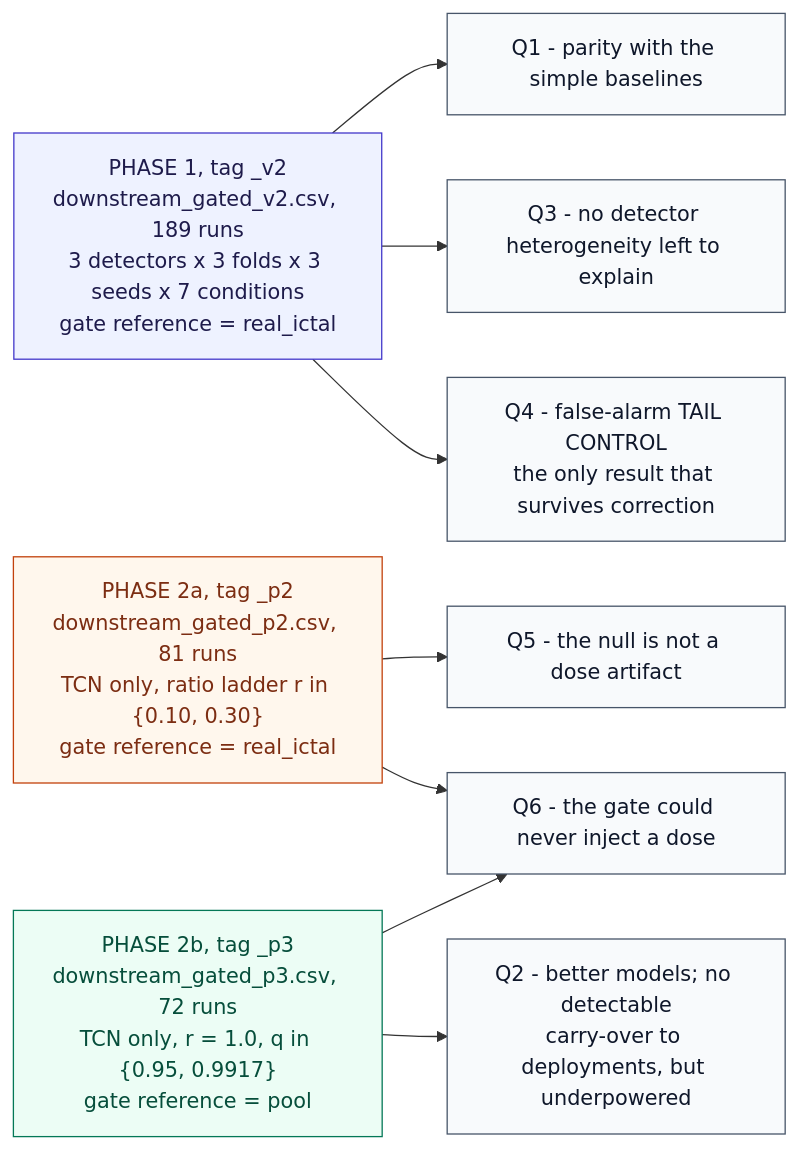
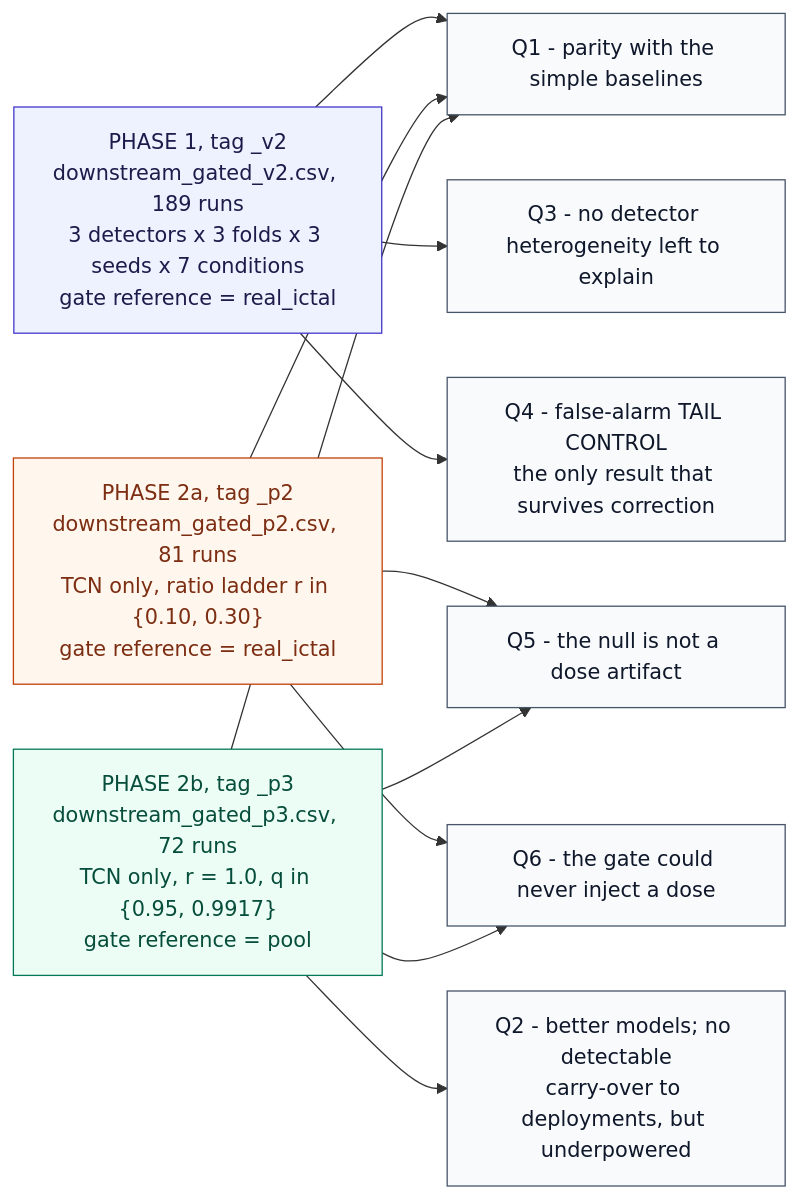
The first of 3 diagrams in README.md (Oxidopamine/chbmit-synthetic-benchmark), drawn with Mermaid before and after one commit. The commit also changed other lines of this file and 10 other files, not shown here.

````diff
--- a/README.md
+++ b/README.md
@@ -170,19 +172,22 @@
 ```mermaid
 flowchart LR
   classDef g1 fill:#eef2ff,stroke:#4338ca,color:#1e1b4b;
   classDef g2 fill:#fff7ed,stroke:#c2410c,color:#7c2d12;
   classDef g3 fill:#ecfdf5,stroke:#047857,color:#064e3b;
   classDef q  fill:#f8fafc,stroke:#475569,color:#0f172a;
 
   G1["PHASE 1, tag _v2<br/>downstream_gated_v2.csv, 189 runs<br/>3 detectors x 3 folds x 3 seeds x 7 conditions<br/>gate reference = real_ictal"]:::g1
   G2["PHASE 2a, tag _p2<br/>downstream_gated_p2.csv, 81 runs<br/>TCN only, ratio ladder r in {0.10, 0.30}<br/>gate reference = real_ictal"]:::g2
   G3["PHASE 2b, tag _p3<br/>downstream_gated_p3.csv, 72 runs<br/>TCN only, r = 1.0, q in {0.95, 0.9917}<br/>gate reference = pool"]:::g3
 
   G1 --> Q1["Q1 - parity with the simple baselines"]:::q
   G1 --> Q3["Q3 - no detector heterogeneity left to explain"]:::q
   G1 --> Q4["Q4 - false-alarm TAIL CONTROL<br/>the only result that survives correction"]:::q
   G2 --> Q5["Q5 - the null is not a dose artifact"]:::q
+  G3 --> Q5
+  G2 --> Q1
+  G3 --> Q1
   G2 --> Q6["Q6 - the gate could never inject a dose"]:::q
   G3 --> Q6
   G3 --> Q2["Q2 - better models; no detectable<br/>carry-over to deployments, but underpowered"]:::q
 ```
````
